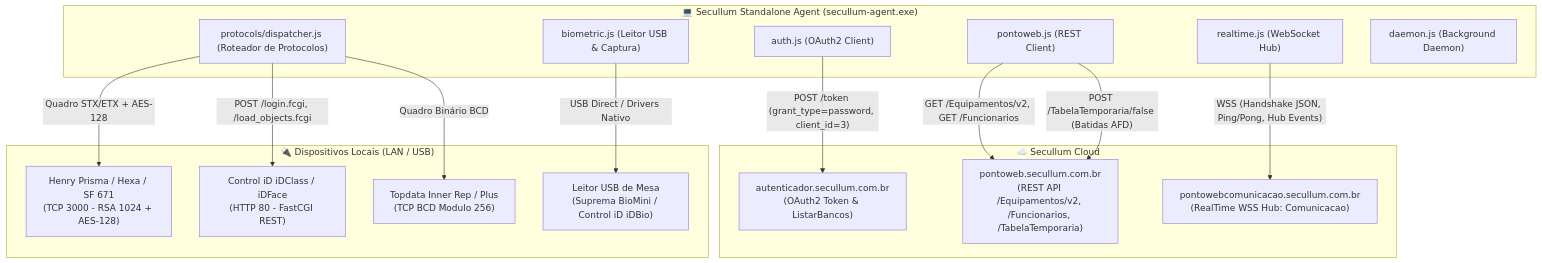
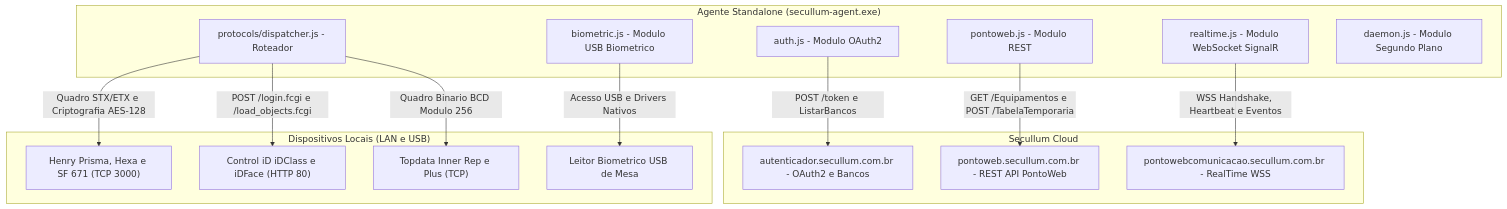
One commit to zwlucas/secullum-agent-cli changed the diagram in README.md. Above: the diagram before and after it, drawn with Mermaid.

Commit message:
fix: mermaid on readme

````diff
--- a/README.md
+++ b/README.md
@@ -46,34 +46,33 @@
 ```mermaid
 flowchart TD
-    subgraph Cloud["☁️ Secullum Cloud"]
-        AUTH["autenticador.secullum.com.br\n(OAuth2 Token & ListarBancos)"]
-        API["pontoweb.secullum.com.br\n(REST API /Equipamentos/v2, /Funcionarios, /TabelaTemporaria)"]
-        WS["pontowebcomunicacao.secullum.com.br\n(RealTime WSS Hub: Comunicacao)"]
+    subgraph Cloud ["Secullum Cloud"]
+        AUTH["autenticador.secullum.com.br - OAuth2 e Bancos"]
+        API["pontoweb.secullum.com.br - REST API PontoWeb"]
+        WS["pontowebcomunicacao.secullum.com.br - RealTime WSS"]
     end
 
-    subgraph Agent["💻 Secullum Standalone Agent (secullum-agent.exe)"]
-        AUTH_M["auth.js (OAuth2 Client)"]
-        PONTO_M["pontoweb.js (REST Client)"]
-        RT_M["realtime.js (WebSocket Hub)"]
-        DISP_M["protocols/dispatcher.js (Roteador de Protocolos)"]
-        BIO_M["biometric.js (Leitor USB & Captura)"]
-        DAEMON_M["daemon.js (Background Daemon)"]
+    subgraph Agent ["Agente Standalone (secullum-agent.exe)"]
+        AUTH_M["auth.js - Modulo OAuth2"]
+        PONTO_M["pontoweb.js - Modulo REST"]
+        RT_M["realtime.js - Modulo WebSocket SignalR"]
+        DISP_M["protocols/dispatcher.js - Roteador"]
+        BIO_M["biometric.js - Modulo USB Biometrico"]
+        DAEMON_M["daemon.js - Modulo Segundo Plano"]
     end
 
-    subgraph Hardware["🔌 Dispositivos Locais (LAN / USB)"]
-        HENRY["Henry Prisma / Hexa / SF 671\n(TCP 3000 - RSA 1024 + AES-128)"]
-        CID["Control iD iDClass / iDFace\n(HTTP 80 - FastCGI REST)"]
-        TOPDATA["Topdata Inner Rep / Plus\n(TCP BCD Modulo 256)"]
-        BIO_DEV["Leitor USB de Mesa\n(Suprema BioMini / Control iD iDBio)"]
+    subgraph Hardware ["Dispositivos Locais (LAN e USB)"]
+        HENRY["Henry Prisma, Hexa e SF 671 (TCP 3000)"]
+        CID["Control iD iDClass e iDFace (HTTP 80)"]
+        TOPDATA["Topdata Inner Rep e Plus (TCP)"]
+        BIO_DEV["Leitor Biometrico USB de Mesa"]
     end
 
-    AUTH_M -->|"POST /token (grant_type=password, client_id=3)"| AUTH
-    PONTO_M -->|"GET /Equipamentos/v2, GET /Funcionarios"| API
-    PONTO_M -->|"POST /TabelaTemporaria/false (Batidas AFD)"| API
-    RT_M -->|"WSS (Handshake JSON, Ping/Pong, Hub Events)"| WS
+    AUTH_M -->|POST /token e ListarBancos| AUTH
+    PONTO_M -->|GET /Equipamentos e POST /TabelaTemporaria| API
+    RT_M -->|WSS Handshake, Heartbeat e Eventos| WS
 
-    DISP_M -->|"Quadro STX/ETX + AES-128"| HENRY
-    DISP_M -->|"POST /login.fcgi, /load_objects.fcgi"| CID
-    DISP_M -->|"Quadro Binário BCD"| TOPDATA
-    BIO_M -->|"USB Direct / Drivers Nativo"| BIO_DEV
+    DISP_M -->|Quadro STX/ETX e Criptografia AES-128| HENRY
+    DISP_M -->|POST /login.fcgi e /load_objects.fcgi| CID
+    DISP_M -->|Quadro Binario BCD Modulo 256| TOPDATA
+    BIO_M -->|Acesso USB e Drivers Nativos| BIO_DEV
 ```
````
